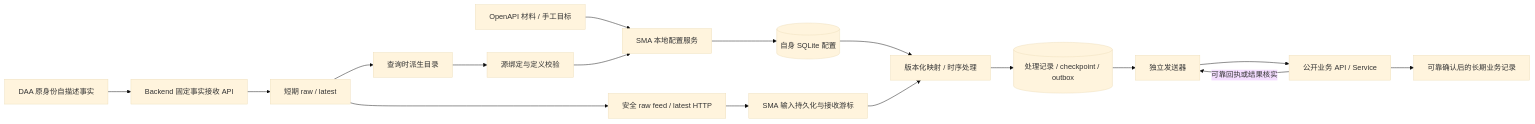
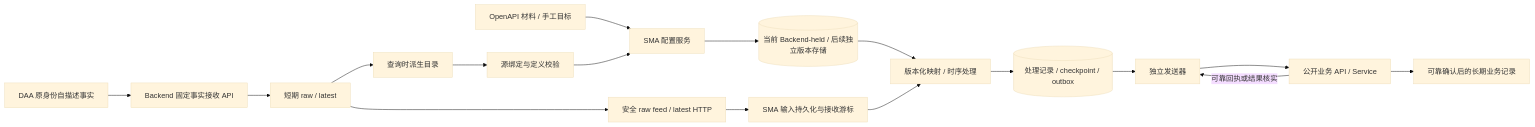
One commit to jasonbu163/aiis-ics-arch changed the diagram in docs/AIIS_SMA_Detailed_Design.md. Above: the diagram before and after it, drawn with Mermaid (base theme). The commit also changed other lines of this file and 956 other files, not shown here.

Commit message:
Refine architecture plans and align project documentation

````diff
--- a/docs/AIIS_SMA_Detailed_Design.md
+++ b/docs/AIIS_SMA_Detailed_Design.md
@@ -48,19 +48,19 @@
 ```mermaid
 flowchart LR
     DAA[DAA 原身份自描述事实] --> FACT[Backend 固定事实接收 API]
     FACT --> R[短期 raw / latest]
     R --> DIR[查询时派生目录]
     R --> FEED[安全 raw feed / latest HTTP]
     DIR --> B[源绑定与定义校验]
     FEED --> IN[SMA 输入持久化与接收游标]
-    API[OpenAPI 材料 / 手工目标] --> C[SMA 本地配置服务]
+    API[OpenAPI 材料 / 手工目标] --> C[SMA 配置服务]
     B --> C
-    C --> CFG[(自身 SQLite 配置)]
+    C --> CFG[(当前 Backend-held / 后续独立版本存储)]
     CFG --> MAP[版本化映射 / 时序处理]
     IN --> MAP
     MAP --> OUT[(处理记录 / checkpoint / outbox)]
     OUT --> SEND[独立发送器]
     SEND --> BUSINESS[公开业务 API / Service]
     BUSINESS --> STORE[可靠确认后的长期业务记录]
     BUSINESS -->|可靠回执或结果核实| SEND
 ```
````
